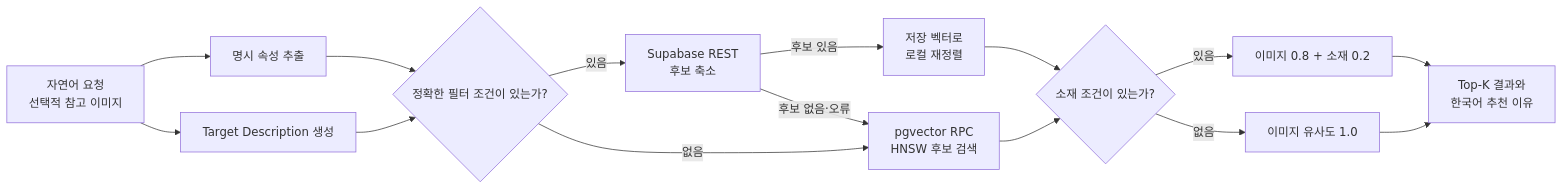
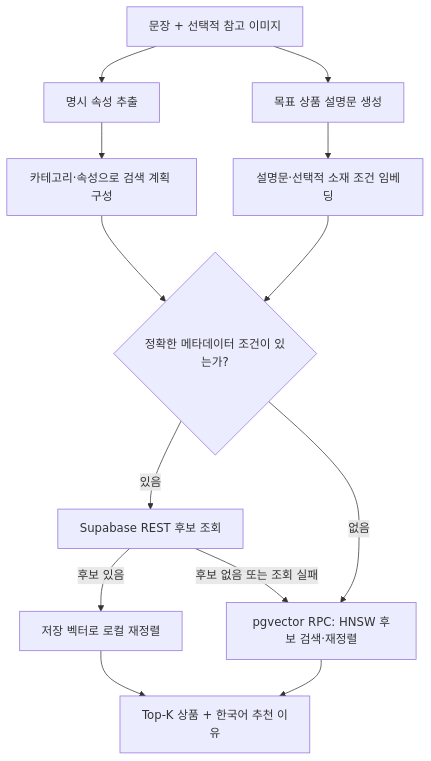
Before and after one commit to 1junee/f1t: the diagram in README.md, drawn with Mermaid. The commit also changed other lines of this file and 4 other files, not shown here.

````diff
--- a/README.md
+++ b/README.md
@@ -43,27 +56,22 @@
 ```mermaid
-flowchart LR
-    A["자연어 요청<br/>선택적 참고 이미지"]
-    B["명시 속성 추출"]
-    C["Target Description 생성"]
-    D{"정확한 필터 조건이 있는가?"}
-    E["Supabase REST<br/>후보 축소"]
-    F["저장 벡터로<br/>로컬 재정렬"]
-    G["pgvector RPC<br/>HNSW 후보 검색"]
-    H{"소재 조건이 있는가?"}
-    I["이미지 0.8 + 소재 0.2"]
-    J["이미지 유사도 1.0"]
-    K["Top-K 결과와<br/>한국어 추천 이유"]
+flowchart TD
+    Input["문장 + 선택적 참고 이미지"]
+    Attributes["명시 속성 추출"]
+    Description["목표 상품 설명문 생성"]
+    Filter["카테고리·속성으로 검색 계획 구성"]
+    Embedding["설명문·선택적 소재 조건 임베딩"]
+    Branch{"정확한 메타데이터 조건이 있는가?"}
+    REST["Supabase REST 후보 조회"]
+    Local["저장 벡터로 로컬 재정렬"]
+    RPC["pgvector RPC: HNSW 후보 검색·재정렬"]
+    Result["Top-K 상품 + 한국어 추천 이유"]
 
-    A --> B
-    A --> C
-    B --> D
-    C --> D
-    D -- 있음 --> E
-    E -- 후보 있음 --> F
-    E -- 후보 없음·오류 --> G
-    D -- 없음 --> G
-    F --> H
-    G --> H
-    H -- 있음 --> I --> K
-    H -- 없음 --> J --> K
+    Input --> Attributes --> Filter
+    Input --> Description --> Embedding
+    Filter --> Branch
+    Embedding --> Branch
+    Branch -- 있음 --> REST
+    REST -- 후보 있음 --> Local --> Result
+    REST -- 후보 없음 또는 조회 실패 --> RPC
+    Branch -- 없음 --> RPC --> Result
 ```
````
